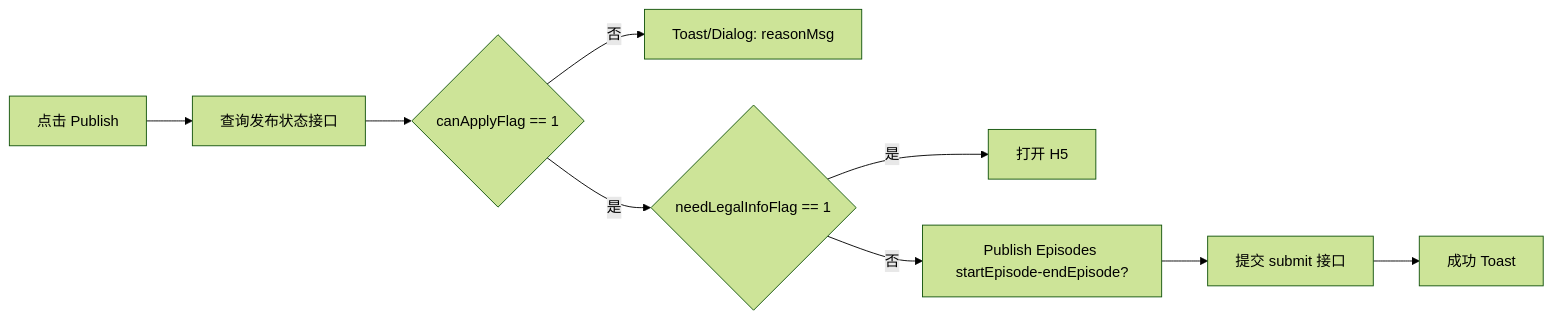
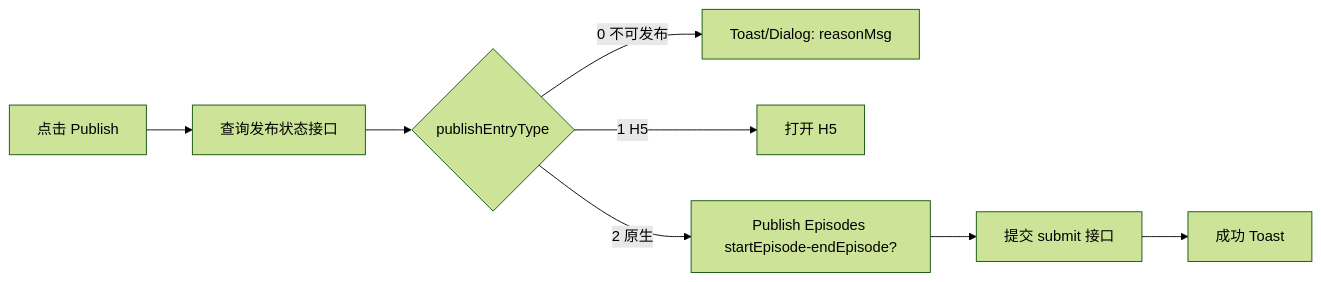
The second of 2 diagrams in design/project/work-publish-flow.md (wangshaowen1/Android_epnova), drawn with Mermaid (forest theme) before and after one commit. The commit also changed other lines of this file and 6 other files, not shown here.

````diff
--- a/design/project/work-publish-flow.md
+++ b/design/project/work-publish-flow.md
@@ -179,11 +177,10 @@
 ```mermaid
 flowchart LR
     A[点击 Publish] --> B[查询发布状态接口]
-    B --> C{canApplyFlag == 1}
-    C -- 否 --> D[Toast/Dialog: reasonMsg]
-    C -- 是 --> E{needLegalInfoFlag == 1}
-    E -- 是 --> F[打开 H5]
-    E -- 否 --> G[Publish Episodes startEpisode-endEpisode?]
+    B --> C{publishEntryType}
+    C -- 0 不可发布 --> D[Toast/Dialog: reasonMsg]
+    C -- 1 H5 --> F[打开 H5]
+    C -- 2 原生 --> G[Publish Episodes startEpisode-endEpisode?]
     G --> H[提交 submit 接口]
     H --> I[成功 Toast]
 ```
````
